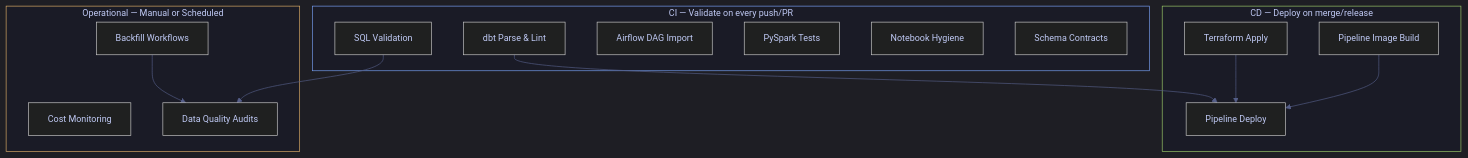
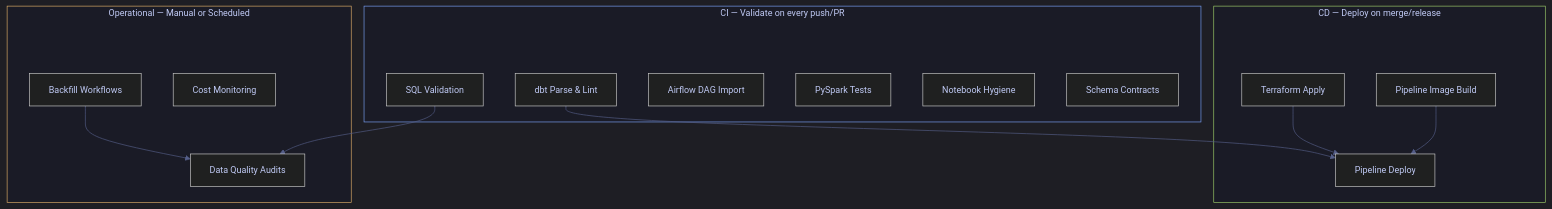
One commit to alp78/elysium changed the diagram in content/10-CICD/01-GitHub-Actions/04-github-actions-data-engineering.md. Above: the diagram before and after it, drawn with Mermaid. The commit also changed other lines of this file and 216 other files, not shown here.

````diff
--- a/content/10-CICD/01-GitHub-Actions/04-github-actions-data-engineering.md
+++ b/content/10-CICD/01-GitHub-Actions/04-github-actions-data-engineering.md
@@ -381,43 +381,61 @@
 ```mermaid
 %%{init: {'theme': 'dark', 'themeVariables': {
   'primaryColor': '#292e42',
   'primaryTextColor': '#c0caf5',
   'primaryBorderColor': '#565f89',
   'lineColor': '#565f89',
   'secondaryColor': '#1a1b26',
   'tertiaryColor': '#24283b',
   'textColor': '#c0caf5',
   'fontSize': '14px'
 }}}%%
 flowchart TB
     subgraph CI["CI — Validate on every push/PR"]
+        CIPAD[" "]
         SQL["SQL Validation"]
         DBT["dbt Parse & Lint"]
         DAG["Airflow DAG Import"]
         SPARK["PySpark Tests"]
         NB["Notebook Hygiene"]
         SCHEMA["Schema Contracts"]
+        CIPAD ~~~ SQL
+        CIPAD ~~~ DBT
+        CIPAD ~~~ DAG
+        CIPAD ~~~ SPARK
+        CIPAD ~~~ NB
+        CIPAD ~~~ SCHEMA
     end
 
     subgraph CD["CD — Deploy on merge/release"]
+        CDPAD[" "]
         TF["Terraform Apply"]
         IMG["Pipeline Image Build"]
         DEPLOY["Pipeline Deploy"]
+        CDPAD ~~~ TF
+        CDPAD ~~~ IMG
+        CDPAD ~~~ DEPLOY
     end
 
     subgraph OPS["Operational — Manual or Scheduled"]
+        OPSPAD[" "]
         BACKFILL["Backfill Workflows"]
         COST["Cost Monitoring"]
         DQ["Data Quality Audits"]
+        OPSPAD ~~~ BACKFILL
+        OPSPAD ~~~ COST
+        OPSPAD ~~~ DQ
     end
 
     SQL --> DQ
     DBT --> DEPLOY
     TF --> DEPLOY
+    style CIPAD fill:transparent,stroke:transparent,color:transparent
+    style CDPAD fill:transparent,stroke:transparent,color:transparent
+    style OPSPAD fill:transparent,stroke:transparent,color:transparent
     IMG --> DEPLOY
     BACKFILL --> DQ
 
     style CI fill:#1a1b26,stroke:#7aa2f7,color:#c0caf5
     style CD fill:#1a1b26,stroke:#9ece6a,color:#c0caf5
     style OPS fill:#1a1b26,stroke:#e0af68,color:#c0caf5
 ```
````
